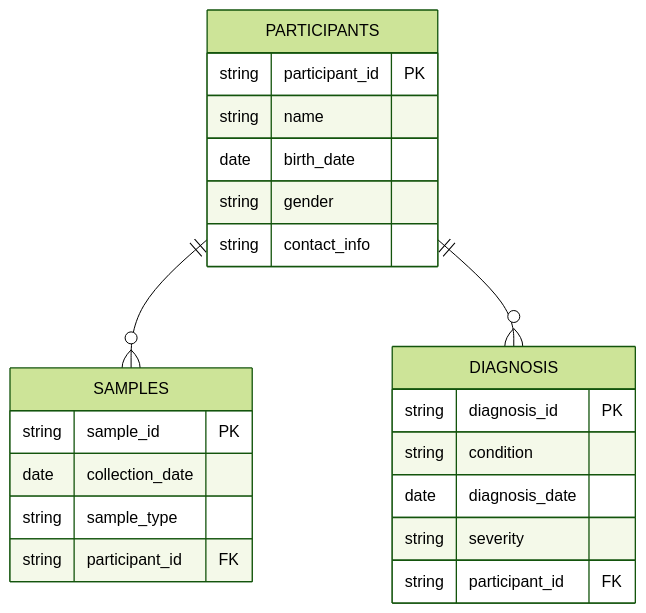
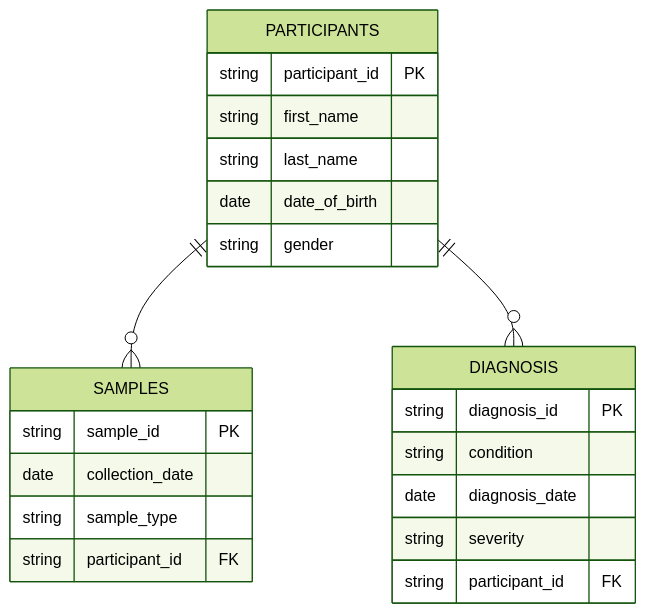
The diagram in tutorial-data-management/Data_Management_Tutorial.md (crs4/bbmri-it-school-tutorials), drawn with Mermaid (forest theme) before and after one commit. The commit also changed other lines of this file and 2 other files, not shown here.

Commit message:
first sqlalchemy part

````diff
--- a/tutorial-data-management/Data_Management_Tutorial.md
+++ b/tutorial-data-management/Data_Management_Tutorial.md
@@ -217,28 +217,28 @@
 ```mermaid
 erDiagram
     PARTICIPANTS {
         string participant_id PK
-        string name
-        date birth_date
+        string first_name
+        string last_name
+        date date_of_birth
         string gender
-        string contact_info
     }
 
     SAMPLES {
         string sample_id PK
         date collection_date
         string sample_type
         string participant_id FK
     }
 
     DIAGNOSIS {
         string diagnosis_id PK
         string condition
         date diagnosis_date
         string severity
         string participant_id FK
     }
 
     PARTICIPANTS ||--o{ SAMPLES : ""
     PARTICIPANTS ||--o{ DIAGNOSIS : ""
 ```
````
